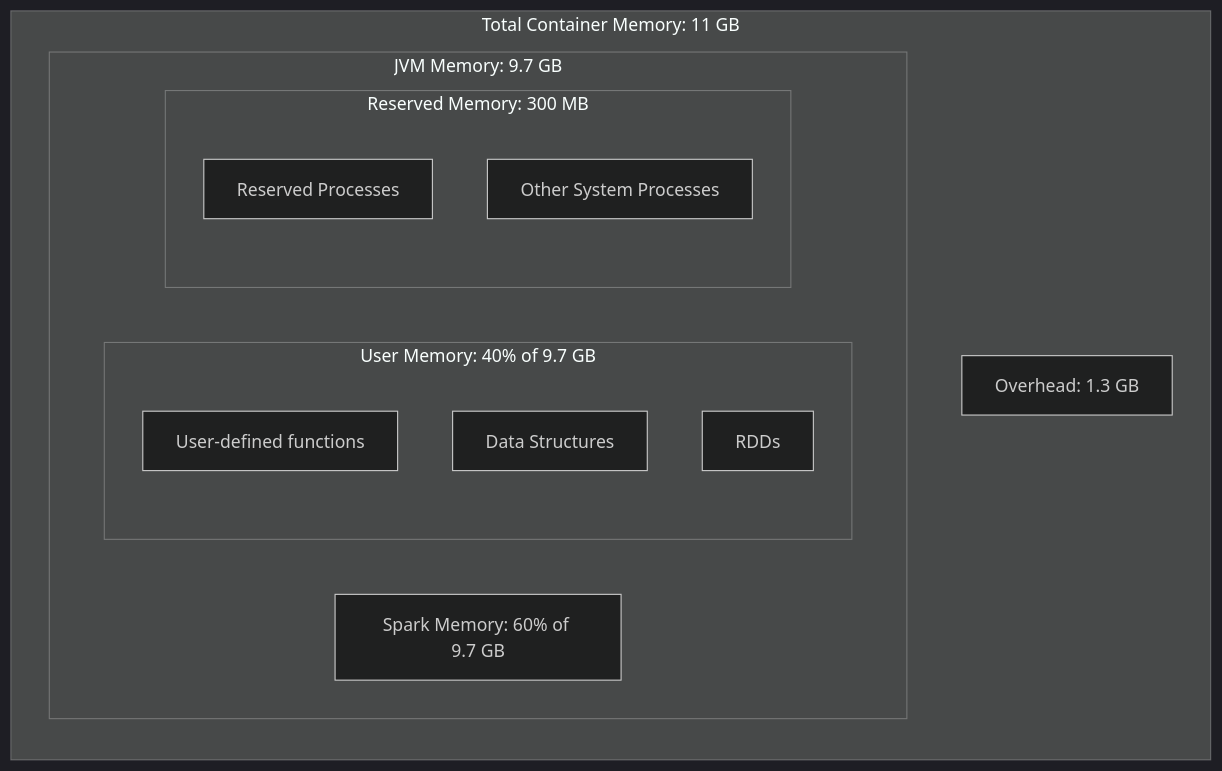
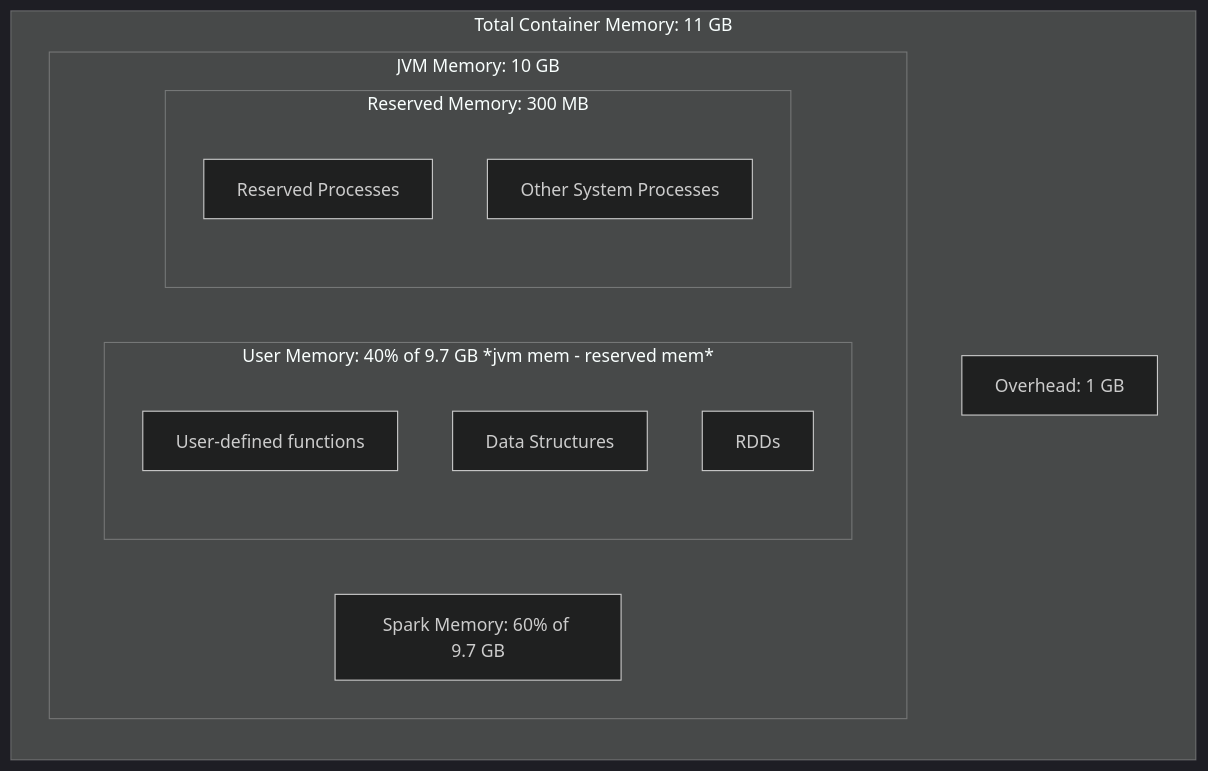
Before and after one commit to amitv9493/Data-engineering: the diagram in pyspark/notes.md, drawn with Mermaid (dark theme). The commit also changed other lines of this file and 14 other files, not shown here.

````diff
--- a/pyspark/notes.md
+++ b/pyspark/notes.md
@@ -60,27 +60,27 @@
 ```mermaid
 graph LR
     subgraph Total_Container[Total Container Memory: 11 GB]
         
-        subgraph JVM[JVM Memory: 9.7 GB]
-            subgraph UserMemory[User Memory: 40% of 9.7 GB]
+        subgraph JVM[JVM Memory: 10 GB]
+            subgraph UserMemory[User Memory: 40% of 9.7 GB *jvm mem - reserved mem* ]
                 direction TB
                 A1[User-defined functions]
                 A2[Data Structures]
                 A3[RDDs]
             end
             
             subgraph ReservedMemory[Reserved Memory: 300 MB]
                 direction TB
                 B1[Reserved Processes]
                 B2[Other System Processes]
             end
 
             SparkMemory[Spark Memory: 60% of 9.7 GB]
         end
         
-        Overhead[Overhead: 1.3 GB]
+        Overhead[Overhead: 1 GB]
     end
 
 
 
 ```
````
